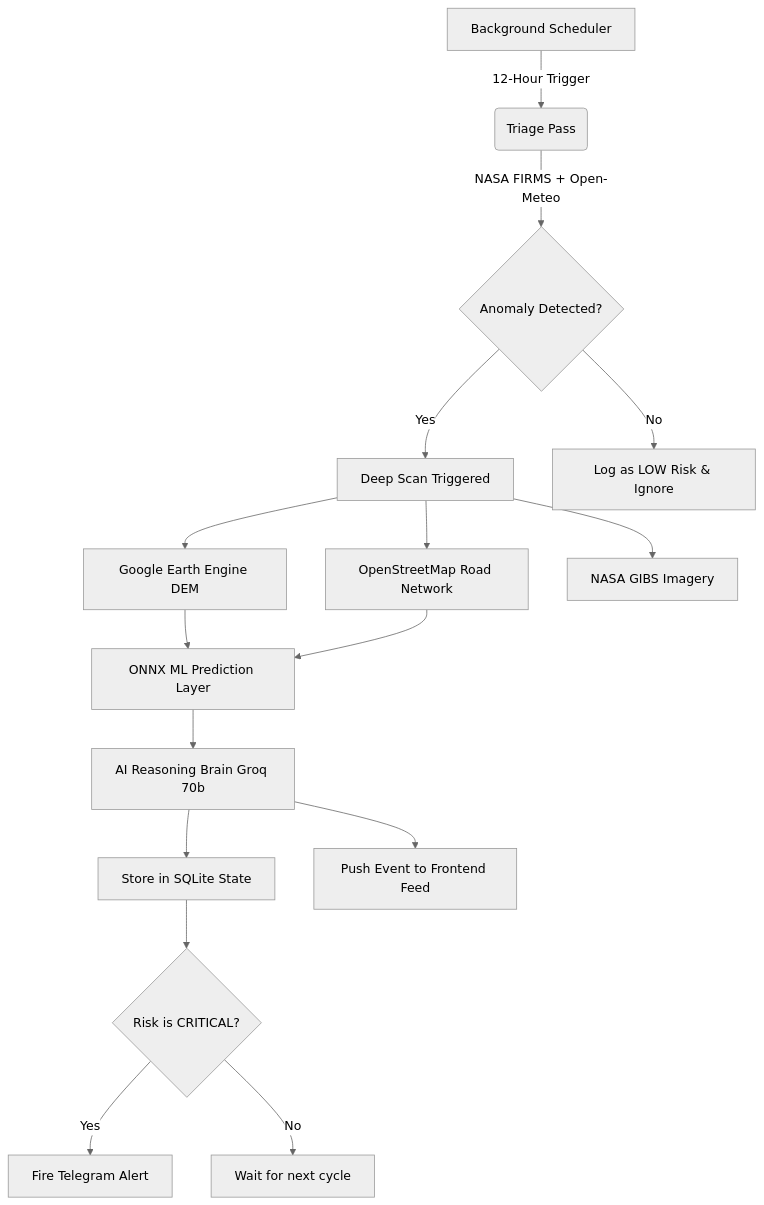
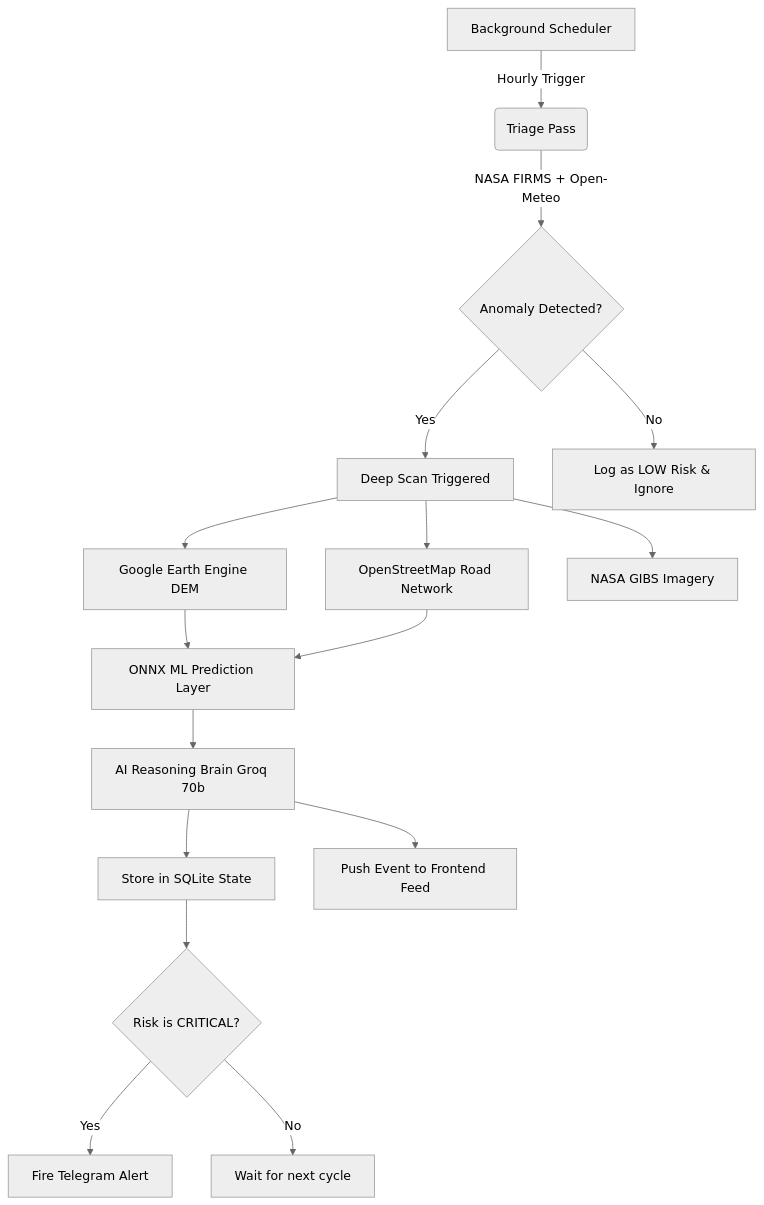
Before and after one commit to Vishwajeet2005/DisasterMind: the diagram in README.md, drawn with Mermaid (neutral theme). The commit also changed other lines of this file and 1 other file, not shown here.

Commit message:
revert: restore 1-hour autonomous scan interval per user request

````diff
--- a/README.md
+++ b/README.md
@@ -87,27 +87,27 @@
 ```mermaid
 graph TD
     %% Triage Phase
-    A[Background Scheduler] -->|12-Hour Trigger| B(Triage Pass)
+    A[Background Scheduler] -->|Hourly Trigger| B(Triage Pass)
     B -->|NASA FIRMS + Open-Meteo| C{Anomaly Detected?}
     C -->|Yes| D[Deep Scan Triggered]
     C -->|No| E[Log as LOW Risk & Ignore]
     
     %% Deep Scan Phase
     D --> F[Google Earth Engine DEM]
     D --> G[OpenStreetMap Road Network]
     D --> H[NASA GIBS Imagery]
     
     %% AI/ML Inference
     F --> I[ONNX ML Prediction Layer]
     G --> I
     
     I --> J[AI Reasoning Brain Groq 70b]
     
     %% Action Phase
     J --> K[Store in SQLite State]
     J --> L[Push Event to Frontend Feed]
     
     K --> M{Risk is CRITICAL?}
     M -->|Yes| N[Fire Telegram Alert]
     M -->|No| O[Wait for next cycle]
 ```
````
